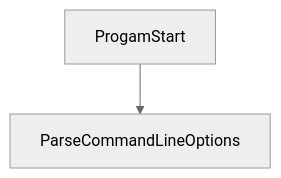
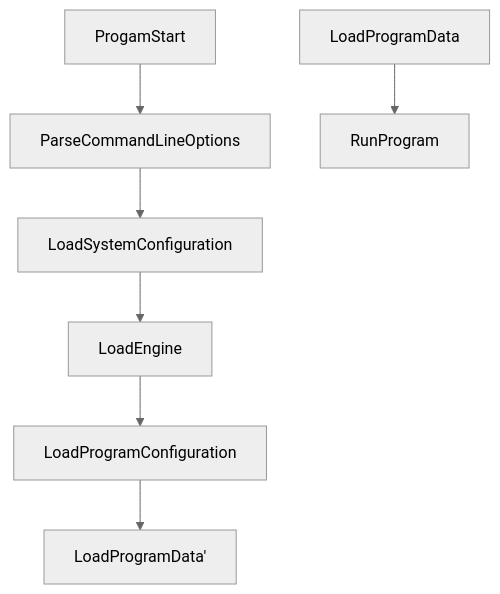
The diagram in README.md (jimmydevine/mosaic), drawn with Mermaid (neutral theme) before and after one commit.

````diff
--- a/README.md
+++ b/README.md
@@ -19,4 +19,9 @@
 ```mermaid
 graph TD;
     ProgamStart-->ParseCommandLineOptions;
+    ParseCommandLineOptions-->LoadSystemConfiguration;
+    LoadSystemConfiguration-->LoadEngine;
+    LoadEngine-->LoadProgramConfiguration;
+    LoadProgramConfiguration-->LoadProgramData'
+    LoadProgramData-->RunProgram;
 ```
````
